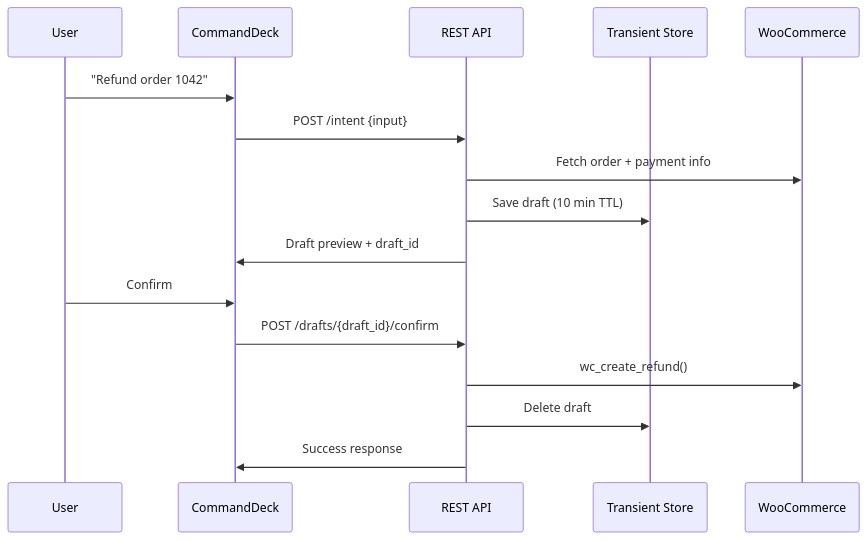
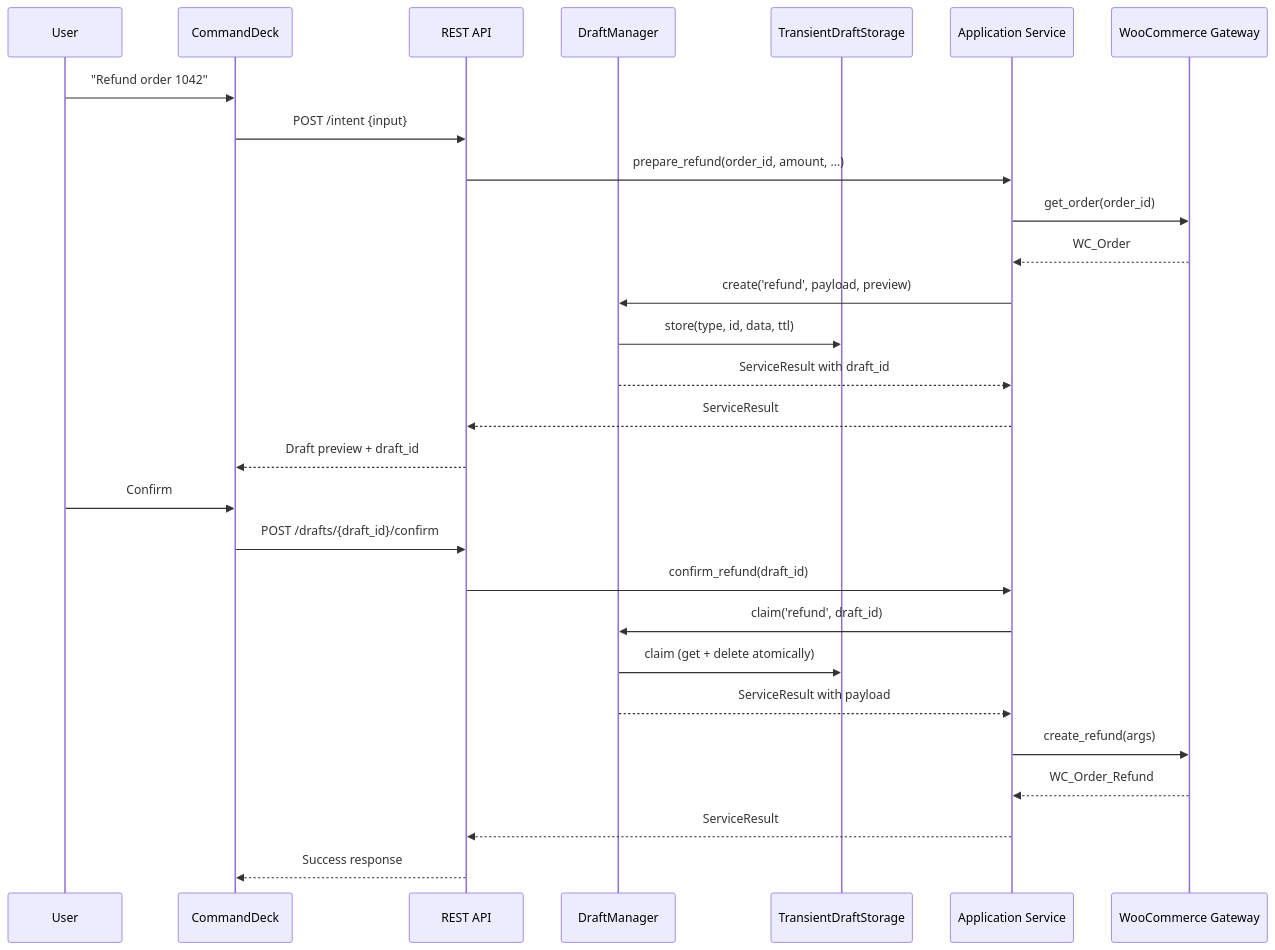
The sixth of 8 diagrams in docs/ARCHITECTURE.md (ahmeddyounes/agentwp), drawn with Mermaid before and after one commit. The commit also changed other lines of this file and 8 other files, not shown here.

````diff
--- a/docs/ARCHITECTURE.md
+++ b/docs/ARCHITECTURE.md
@@ -517,19 +650,31 @@
 ```mermaid
 sequenceDiagram
   participant User
   participant CommandDeck
   participant REST as REST API
-  participant DraftStore as Transient Store
-  participant Woo as WooCommerce
+  participant DraftManager as DraftManager
+  participant DraftStorage as TransientDraftStorage
+  participant Service as Application Service
+  participant Gateway as WooCommerce Gateway
 
   User->>CommandDeck: "Refund order 1042"
   CommandDeck->>REST: POST /intent {input}
-  REST->>Woo: Fetch order + payment info
-  REST->>DraftStore: Save draft (10 min TTL)
-  REST->>CommandDeck: Draft preview + draft_id
+  REST->>Service: prepare_refund(order_id, amount, ...)
+  Service->>Gateway: get_order(order_id)
+  Gateway-->>Service: WC_Order
+  Service->>DraftManager: create('refund', payload, preview)
+  DraftManager->>DraftStorage: store(type, id, data, ttl)
+  DraftManager-->>Service: ServiceResult with draft_id
+  Service-->>REST: ServiceResult
+  REST-->>CommandDeck: Draft preview + draft_id
   User->>CommandDeck: Confirm
   CommandDeck->>REST: POST /drafts/{draft_id}/confirm
-  REST->>Woo: wc_create_refund()
-  REST->>DraftStore: Delete draft
-  REST->>CommandDeck: Success response
+  REST->>Service: confirm_refund(draft_id)
+  Service->>DraftManager: claim('refund', draft_id)
+  DraftManager->>DraftStorage: claim (get + delete atomically)
+  DraftManager-->>Service: ServiceResult with payload
+  Service->>Gateway: create_refund(args)
+  Gateway-->>Service: WC_Order_Refund
+  Service-->>REST: ServiceResult
+  REST-->>CommandDeck: Success response
 ```
````
